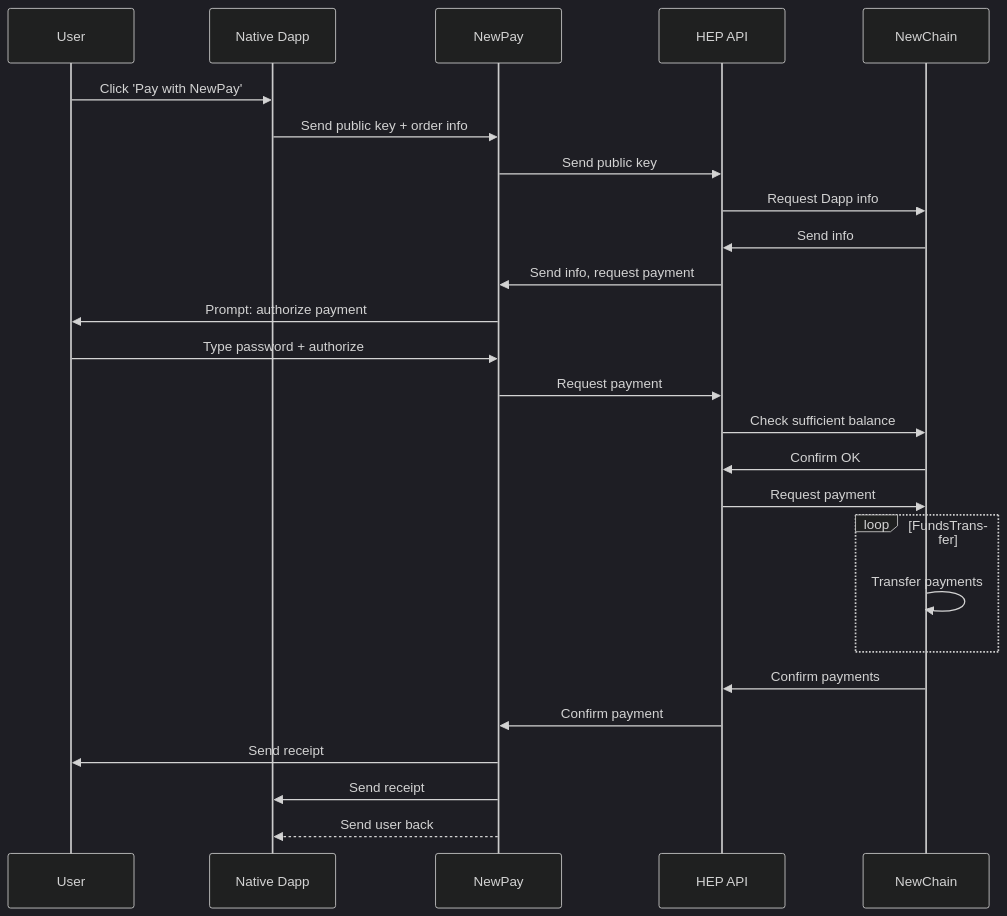
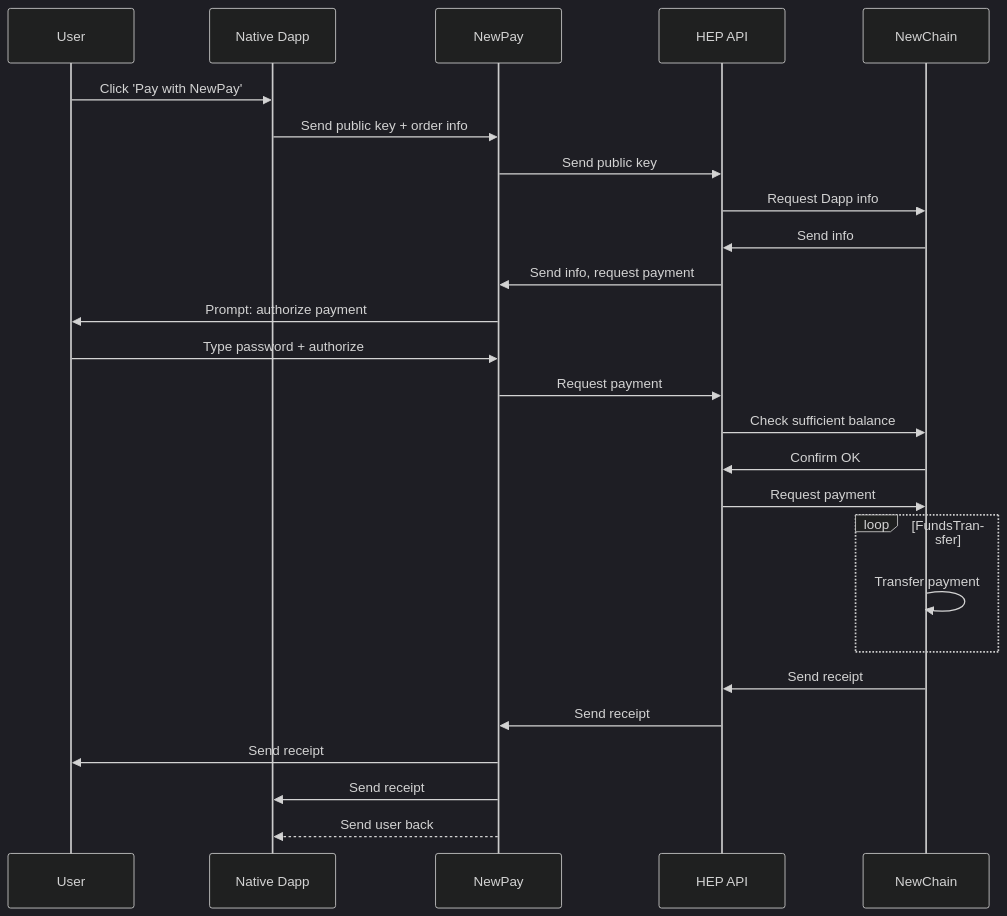
The diagram in diagrams/payment_process_native.mermaid (newtonproject/HEP-specification), drawn with Mermaid (dark theme) before and after one commit. The commit also changed 1 other file, not shown here.

```diff
--- a/diagrams/payment_process_native.mermaid
+++ b/diagrams/payment_process_native.mermaid
@@ -1,27 +1,27 @@
 sequenceDiagram;
     participant User;
     participant Native Dapp;
 	participant NewPay;
 	participant HEP API;
 	participant NewChain;
 
     User->>Native Dapp: Click 'Pay with NewPay';
 	Native Dapp->>NewPay: Send public key + order info;
 	NewPay->>HEP API: Send public key;
 	HEP API->>NewChain: Request Dapp info;
 	NewChain->>HEP API: Send info;
 	HEP API->>NewPay: Send info, request payment;
 	NewPay->> User: Prompt: authorize payment;
 	User->>NewPay: Type password + authorize;
 	NewPay->>HEP API: Request payment;
 	HEP API->>NewChain: Check sufficient balance;
 	NewChain->>HEP API: Confirm OK
 	HEP API->>NewChain: Request payment;
 loop FundsTransfer;
-        NewChain->>NewChain: Transfer payments;
+        NewChain->>NewChain: Transfer payment;
 	end;
-	NewChain->>HEP API: Confirm payments;
-	HEP API->>NewPay: Confirm payment;
+	NewChain->>HEP API: Send receipt;
+	HEP API->>NewPay: Send receipt;
 	NewPay->>User: Send receipt;
 	NewPay->>Native Dapp: Send receipt;
 	NewPay-->>Native Dapp: Send user back;
```
